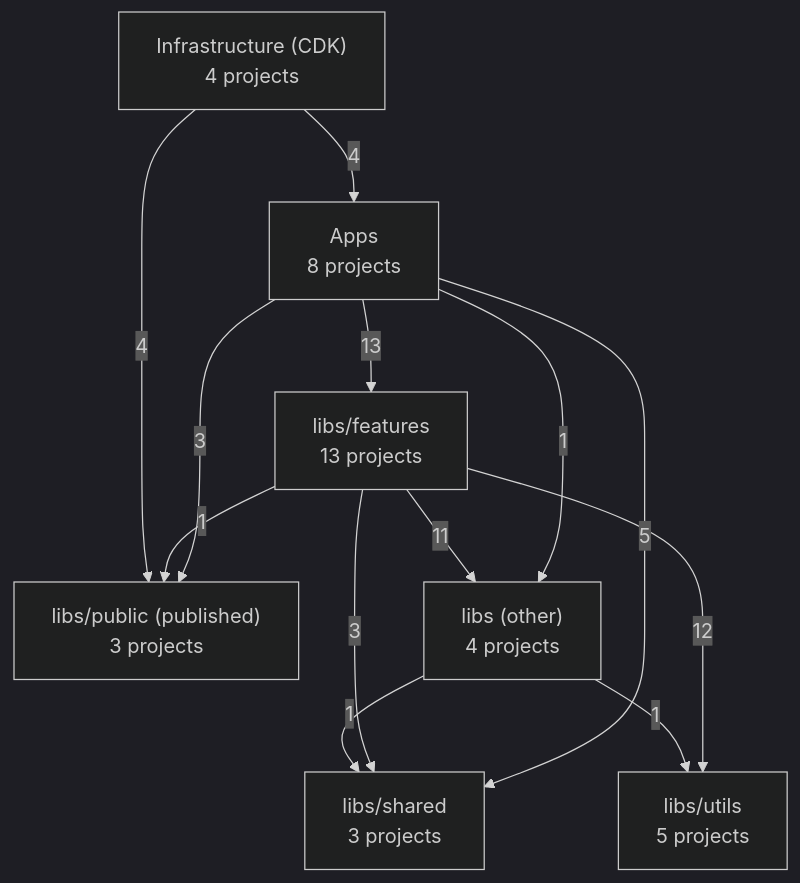
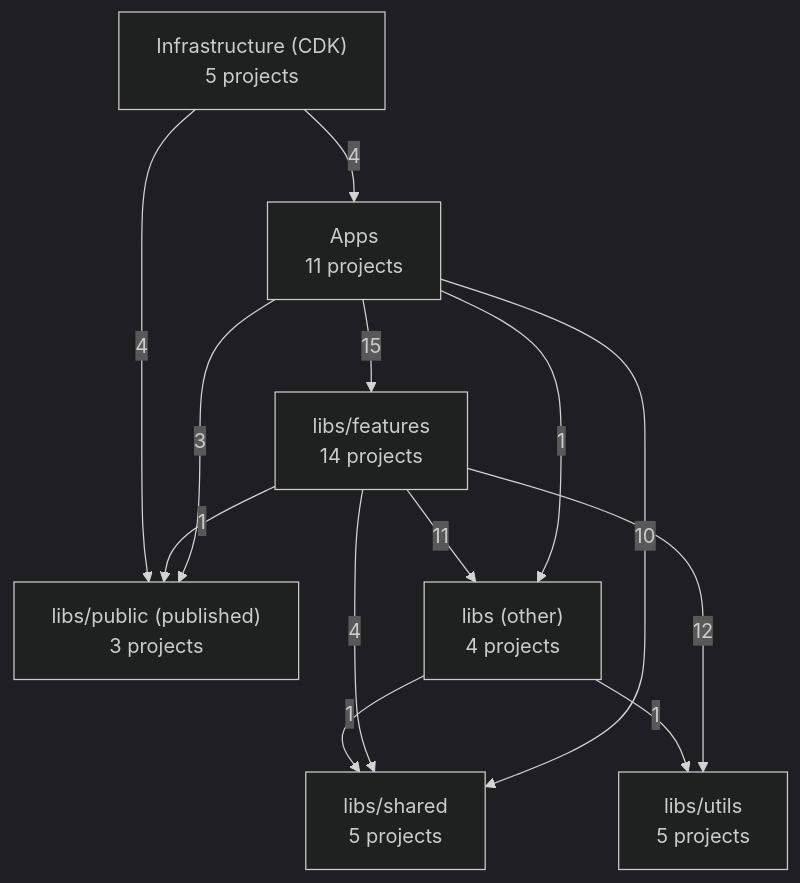
One commit to WolfSoko/wol-sok-mono changed the first of 4 diagrams in docs/architecture/README.md. Above: the diagram before and after it, drawn with Mermaid (dark theme). The commit also changed other lines of this file, not shown here.

First line of the commit message:
docs(tools): 📚️ refresh architecture diagrams

````diff
--- a/docs/architecture/README.md
+++ b/docs/architecture/README.md
@@ -26,22 +26,22 @@
 ```mermaid
 flowchart TD
-  infra["Infrastructure (CDK)<br/>4 projects"]
-  apps["Apps<br/>8 projects"]
+  infra["Infrastructure (CDK)<br/>5 projects"]
+  apps["Apps<br/>11 projects"]
   public["libs/public (published)<br/>3 projects"]
-  features["libs/features<br/>13 projects"]
-  shared["libs/shared<br/>3 projects"]
+  features["libs/features<br/>14 projects"]
+  shared["libs/shared<br/>5 projects"]
   utils["libs/utils<br/>5 projects"]
   other["libs (other)<br/>4 projects"]
-  apps -- 13 --> features
+  apps -- 15 --> features
   apps -- 1 --> other
   apps -- 3 --> public
-  apps -- 5 --> shared
+  apps -- 10 --> shared
   features -- 11 --> other
   features -- 1 --> public
-  features -- 3 --> shared
+  features -- 4 --> shared
   features -- 12 --> utils
   infra -- 4 --> apps
   infra -- 4 --> public
   other -- 1 --> shared
   other -- 1 --> utils
 ```
````
